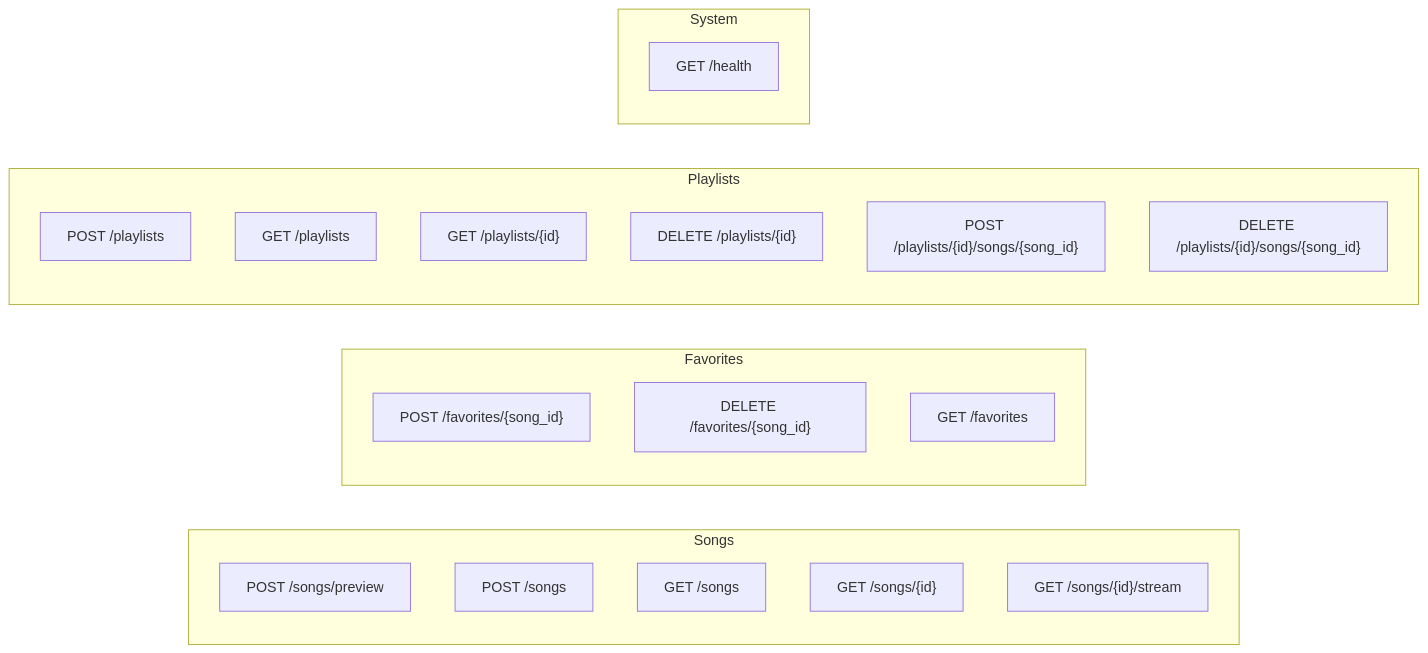
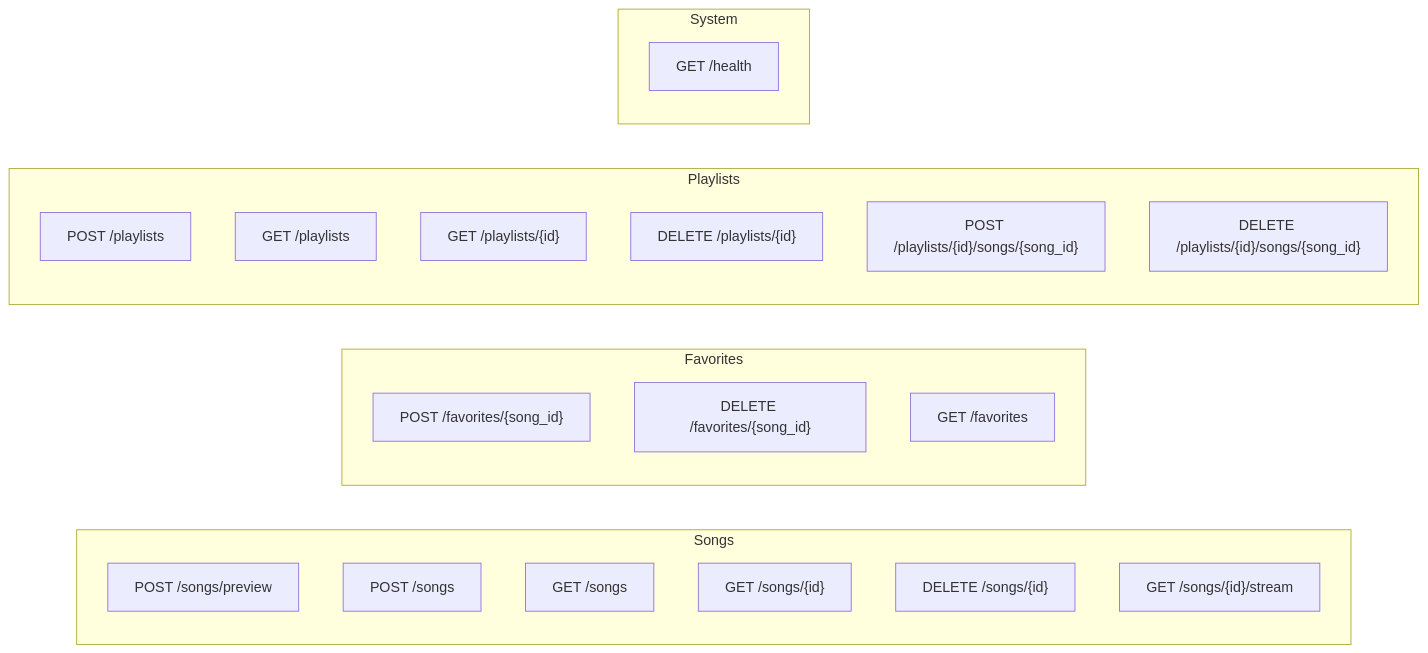
One commit to KarthikUdyawar/melo changed the sixth of 6 diagrams in docs/ARCHITECTURE.md. Above: the diagram before and after it, drawn with Mermaid. The commit also changed other lines of this file and 18 other files, not shown here.

First line of the commit message:
feat: Update architecture and API to support soft deletes and additional metadata

````diff
--- a/docs/ARCHITECTURE.md
+++ b/docs/ARCHITECTURE.md
@@ -198,29 +205,30 @@
 ```mermaid
 graph LR
     subgraph Songs
         S1["POST /songs/preview"]
         S2["POST /songs"]
         S3["GET /songs"]
         S4["GET /songs/{id}"]
-        S5["GET /songs/{id}/stream"]
+        S5["DELETE /songs/{id}"]
+        S6["GET /songs/{id}/stream"]
     end
 
     subgraph Favorites
         F1["POST /favorites/{song_id}"]
         F2["DELETE /favorites/{song_id}"]
         F3["GET /favorites"]
     end
 
     subgraph Playlists
         P1["POST /playlists"]
         P2["GET /playlists"]
         P3["GET /playlists/{id}"]
         P4["DELETE /playlists/{id}"]
         P5["POST /playlists/{id}/songs/{song_id}"]
         P6["DELETE /playlists/{id}/songs/{song_id}"]
     end
 
     subgraph System
         H["GET /health"]
     end
 ```
````
